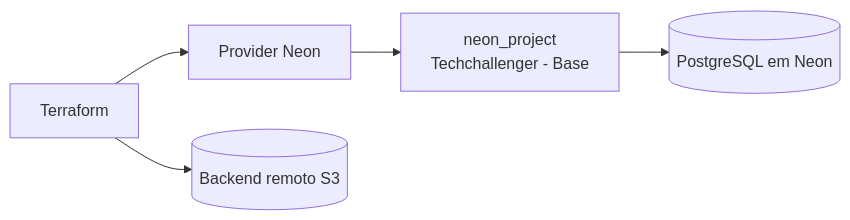
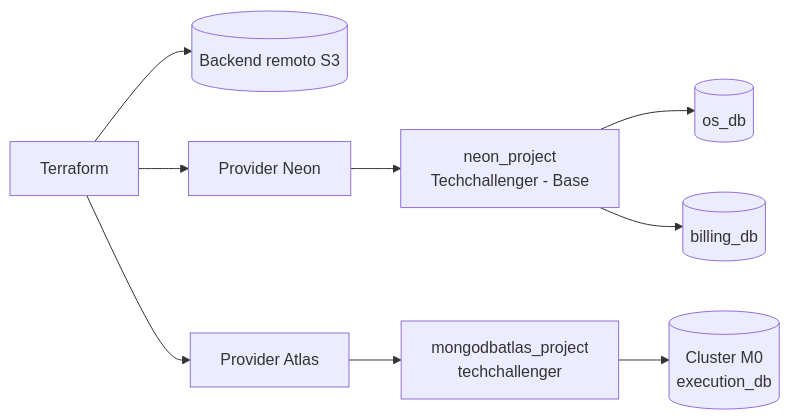
Before and after one commit to BrunoAmathias/TechChallengerFiap-DB: the diagram in README.md, drawn with Mermaid. The commit also changed other lines of this file and 7 other files, not shown here.

First line of the commit message:
Feat: bancos dos microsserviços (Neon os_db/billing_db e MongoDB Atlas M0)

````diff
--- a/README.md
+++ b/README.md
@@ -17,7 +22,11 @@
 ```mermaid
 flowchart LR
-    TF[Terraform] --> PN[Provider Neon]
+    TF[Terraform] --> S3[(Backend remoto S3)]
+    TF --> PN[Provider Neon]
+    TF --> PA[Provider Atlas]
     PN --> NP[neon_project<br/>Techchallenger - Base]
-    NP --> PG[(PostgreSQL em Neon)]
-    TF --> S3[(Backend remoto S3)]
+    NP --> OS[(os_db)]
+    NP --> BI[(billing_db)]
+    PA --> AP[mongodbatlas_project<br/>techchallenger]
+    AP --> M0[(Cluster M0<br/>execution_db)]
 ```
````
